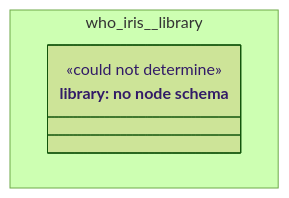
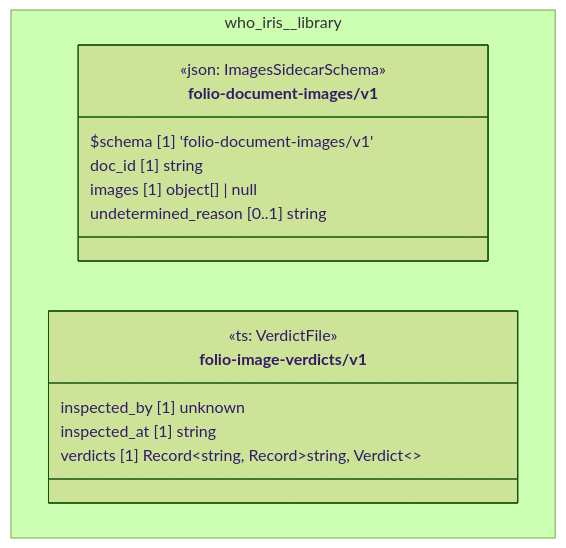
The diagram in cat-harness/docs/uml/overview/who-iris/library.md (litlfred/folio-assistant), drawn with Mermaid (forest theme) before and after one commit. The commit also changed other lines of this file and 220 other files, not shown here.

First line of the commit message:
quda: register node schemas for the graph kinds that had none

````diff
--- a/cat-harness/docs/uml/overview/who-iris/library.md
+++ b/cat-harness/docs/uml/overview/who-iris/library.md
@@ -12,11 +12,21 @@
 ```mermaid
 classDiagram
   direction TB
   namespace who_iris__library {
-    class n_who_iris_library_library["library: no node schema"] {
-      <<could not determine>>
+    class who_iris_library_folio_document_images_v1_folio_document_images_v1["folio-document-images/v1"] {
+      <<json: ImagesSidecarSchema>>
+      $schema [1] 'folio-document-images/v1'
+      doc_id [1] string
+      images [1] object[] | null
+      undetermined_reason [0..1] string
+    }
+    class who_iris_library_folio_image_verdicts_v1["folio-image-verdicts/v1"] {
+      <<ts: VerdictFile>>
+      inspected_by [1] unknown
+      inspected_at [1] string
+      verdicts [1] Record~string, Record~string, Verdict~~
     }
   }
-  cssClass "n_who_iris_library_library" fa_uml_kind_library
-  cssClass "n_who_iris_library_library" fa_uml_undetermined
+  cssClass "who_iris_library_folio_document_images_v1_folio_document_images_v1" fa_uml_kind_library
+  cssClass "who_iris_library_folio_image_verdicts_v1" fa_uml_kind_library
 ```
````
